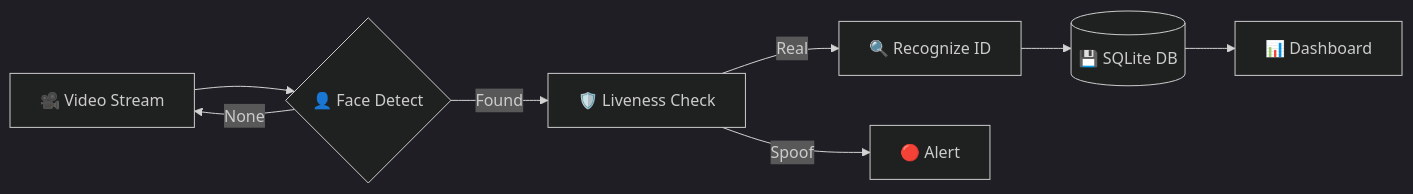
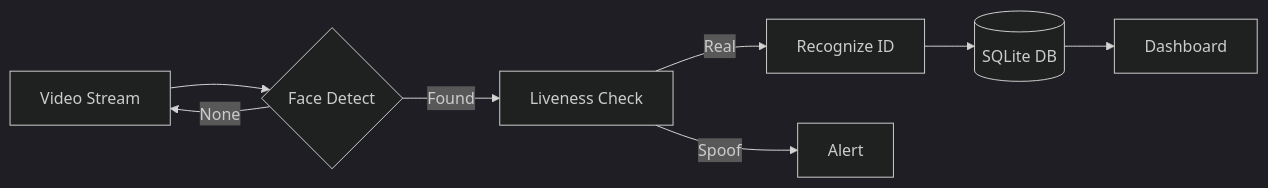
One commit to yogender-ai/Smart-Attendance-System changed the diagram in README.md. Above: the diagram before and after it, drawn with Mermaid (dark theme). The commit also changed other lines of this file, not shown here.

````diff
--- a/README.md
+++ b/README.md
@@ -48,10 +50,10 @@
 ```mermaid
 graph LR
-    A[🎥 Video Stream] --> B{👤 Face Detect}
-    B -- Found --> C[🛡️ Liveness Check]
+    A[Video Stream] --> B{Face Detect}
+    B -- Found --> C[Liveness Check]
     B -- None --> A
-    C -- Real --> D[🔍 Recognize ID]
-    C -- Spoof --> E[🔴 Alert]
-    D --> F[(💾 SQLite DB)]
-    F --> G[📊 Dashboard]
+    C -- Real --> D[Recognize ID]
+    C -- Spoof --> E[Alert]
+    D --> F[(SQLite DB)]
+    F --> G[Dashboard]
 ```
````
